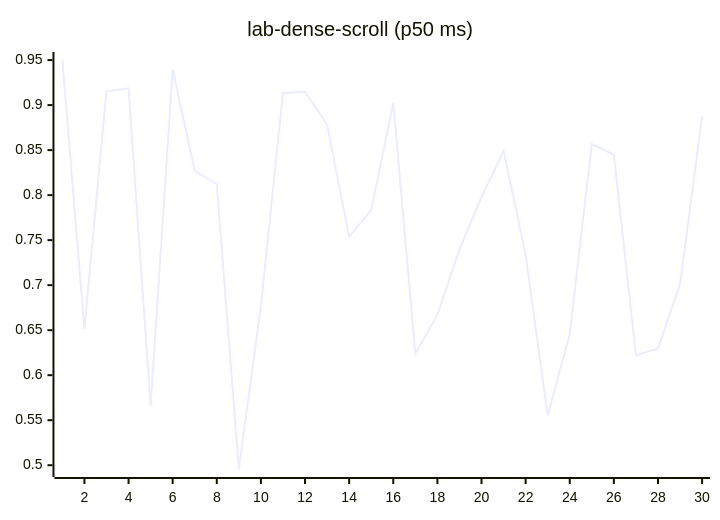
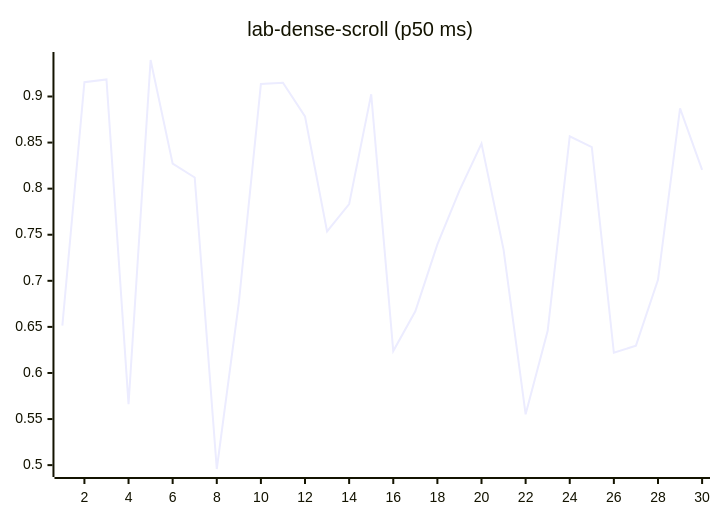
Diagram 12 of 27 in README.md (josha/Facet), drawn with Mermaid before and after one commit. The commit also changed other lines of this file and 2 other files, not shown here.

````diff
--- a/README.md
+++ b/README.md
@@ -140,6 +140,6 @@
 ```mermaid
 xychart-beta
     title "lab-dense-scroll (p50 ms)"
     x-axis 1 --> 30
-    line [0.9501, 0.6514, 0.9155, 0.9185, 0.5661, 0.9396, 0.8271, 0.8121, 0.4958, 0.6764, 0.9135, 0.9149, 0.8783, 0.7537, 0.7833, 0.9024, 0.6238, 0.6669, 0.7395, 0.7979, 0.8489, 0.7339, 0.5552, 0.6458, 0.8568, 0.8450, 0.6219, 0.6297, 0.7010, 0.8871]
+    line [0.6514, 0.9155, 0.9185, 0.5661, 0.9396, 0.8271, 0.8121, 0.4958, 0.6764, 0.9135, 0.9149, 0.8783, 0.7537, 0.7833, 0.9024, 0.6238, 0.6669, 0.7395, 0.7979, 0.8489, 0.7339, 0.5552, 0.6458, 0.8568, 0.8450, 0.6219, 0.6297, 0.7010, 0.8871, 0.8203]
 ```
````
